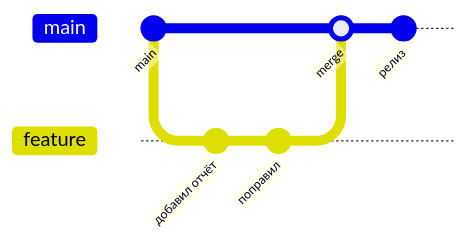
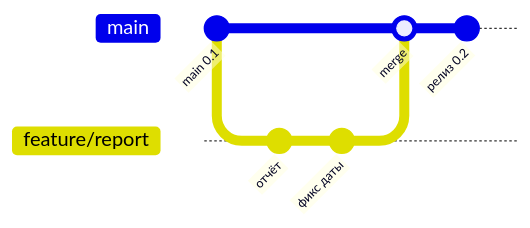
Before and after one commit to JayStorm228/College: the second of 3 diagrams in 02_Курсы/01. Инженерные практики Python/01_Лекции/13. Git и GitHub.md, drawn with Mermaid. The commit also changed other lines of this file and 7 other files, not shown here.

First line of the commit message:
инженерка 09,11-17: перепись разжёвано + диаграммы

````diff
--- a/02_Курсы/01. Инженерные практики Python/01_Лекции/13. Git и GitHub.md
+++ b/02_Курсы/01. Инженерные практики Python/01_Лекции/13. Git и GitHub.md
@@ -122,10 +100,10 @@
 ```mermaid
 gitGraph
-  commit id: "main"
-  branch feature
-  commit id: "добавил отчёт"
-  commit id: "поправил"
+  commit id: "main 0.1"
+  branch feature/report
+  commit id: "отчёт"
+  commit id: "фикс даты"
   checkout main
-  merge feature id: "merge"
-  commit id: "релиз"
+  merge feature/report id: "merge"
+  commit id: "релиз 0.2"
 ```
````
